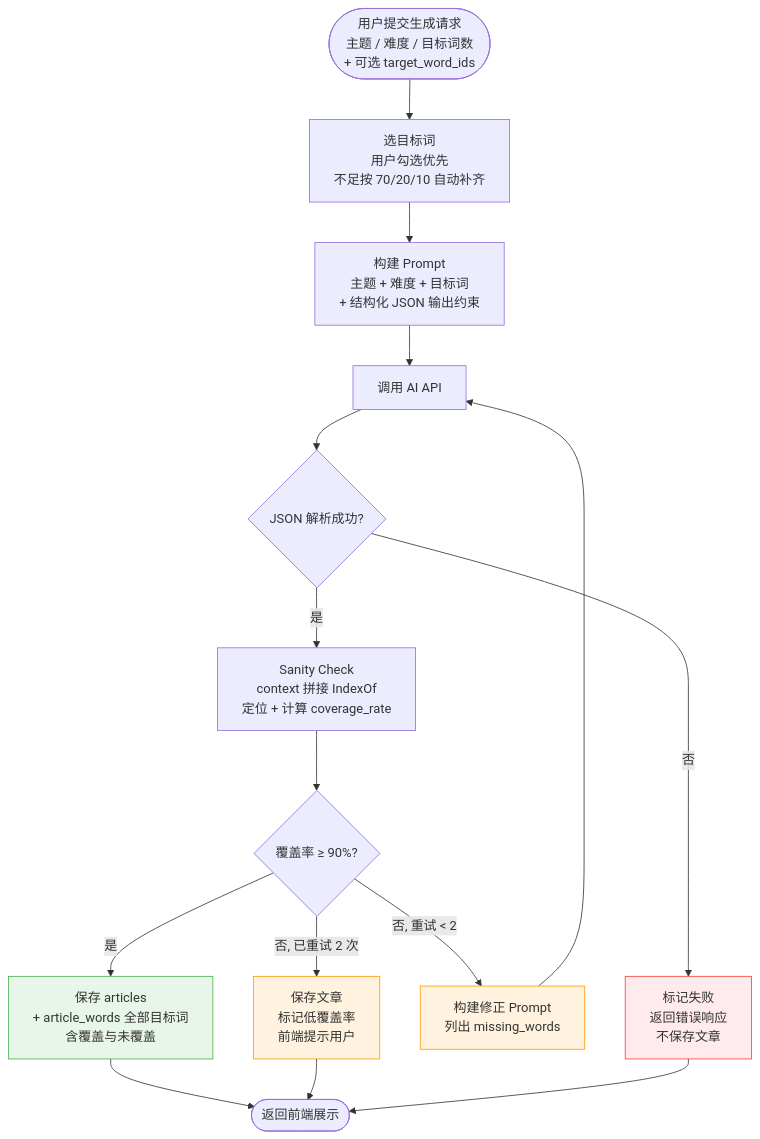
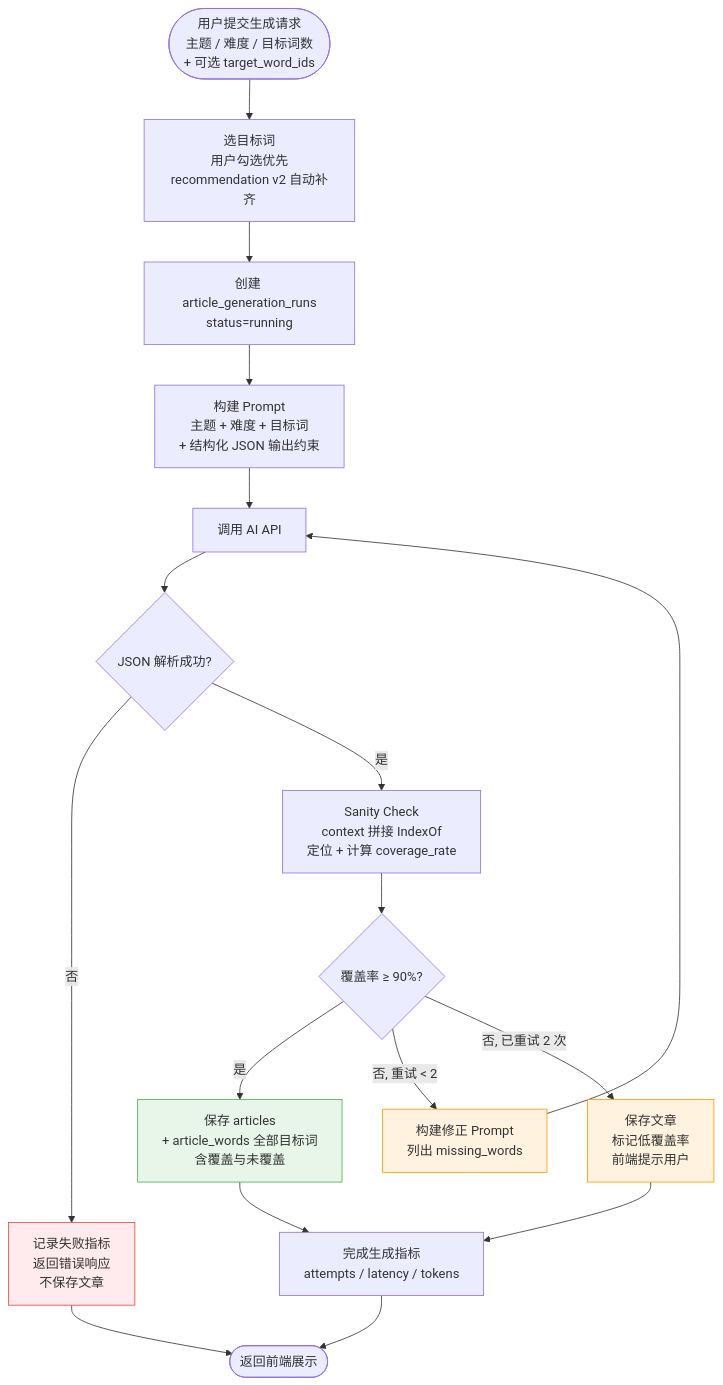
One commit to 52xiaohui/LexiForge changed the first of 2 diagrams in docs/core/ai-workflow.md. Above: the diagram before and after it, drawn with Mermaid. The commit also changed other lines of this file and 12 other files, not shown here.

````diff
--- a/docs/core/ai-workflow.md
+++ b/docs/core/ai-workflow.md
@@ -11,24 +11,26 @@
 ```mermaid
 flowchart TD
-    Start([用户提交生成请求<br/>主题 / 难度 / 目标词数<br/>+ 可选 target_word_ids]) --> Pick[选目标词<br/>用户勾选优先<br/>不足按 70/20/10 自动补齐]
-    Pick --> Prompt[构建 Prompt<br/>主题 + 难度 + 目标词<br/>+ 结构化 JSON 输出约束]
+    Start([用户提交生成请求<br/>主题 / 难度 / 目标词数<br/>+ 可选 target_word_ids]) --> Pick[选目标词<br/>用户勾选优先<br/>recommendation v2 自动补齐]
+    Pick --> Run[创建 article_generation_runs<br/>status=running]
+    Run --> Prompt[构建 Prompt<br/>主题 + 难度 + 目标词<br/>+ 结构化 JSON 输出约束]
     Prompt --> Call[调用 AI API]
     Call --> Parse{JSON 解析成功?}
-    Parse -->|否| Fail[标记失败<br/>返回错误响应<br/>不保存文章]
+    Parse -->|否| Fail[记录失败指标<br/>返回错误响应<br/>不保存文章]
     Parse -->|是| Sanity[Sanity Check<br/>context 拼接 IndexOf<br/>定位 + 计算 coverage_rate]
     Sanity --> Cov{覆盖率 ≥ 90%?}
     Cov -->|是| SaveOk[保存 articles<br/>+ article_words 全部目标词<br/>含覆盖与未覆盖]
     Cov -->|否, 重试 < 2| Revise[构建修正 Prompt<br/>列出 missing_words]
     Revise --> Call
     Cov -->|否, 已重试 2 次| SaveLow[保存文章<br/>标记低覆盖率<br/>前端提示用户]
-    SaveOk --> Done([返回前端展示])
-    SaveLow --> Done
+    SaveOk --> Metrics[完成生成指标<br/>attempts / latency / tokens]
+    SaveLow --> Metrics
+    Metrics --> Done([返回前端展示])
     Fail --> Done
 
     classDef ok fill:#e8f5e9,stroke:#4caf50
     classDef warn fill:#fff3e0,stroke:#ff9800
     classDef err fill:#ffebee,stroke:#f44336
     class SaveOk ok
     class SaveLow,Revise warn
     class Fail err
 ```
````
